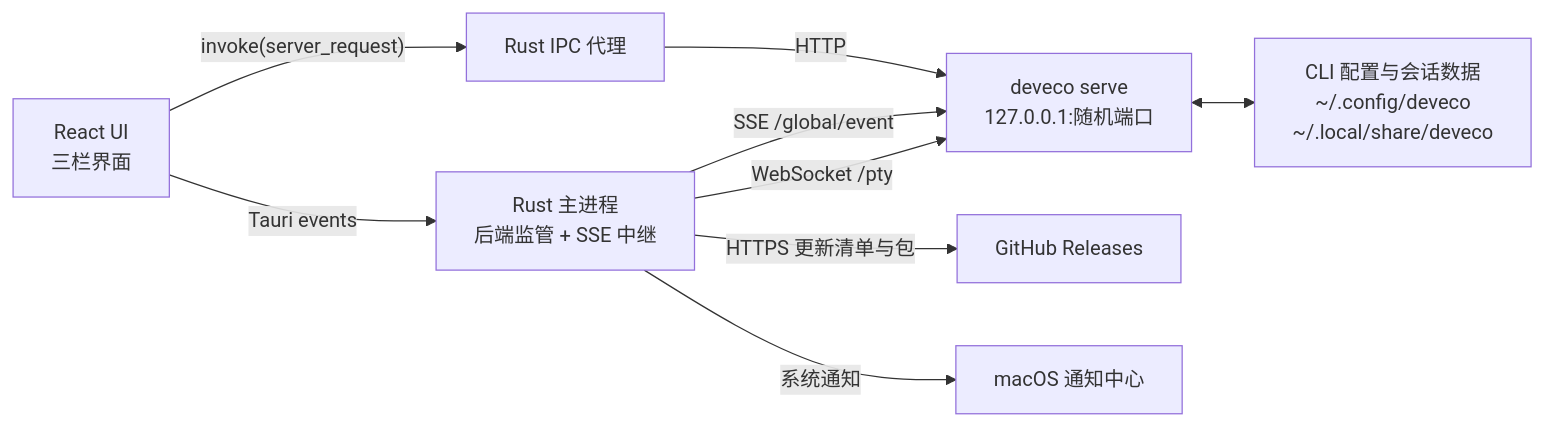
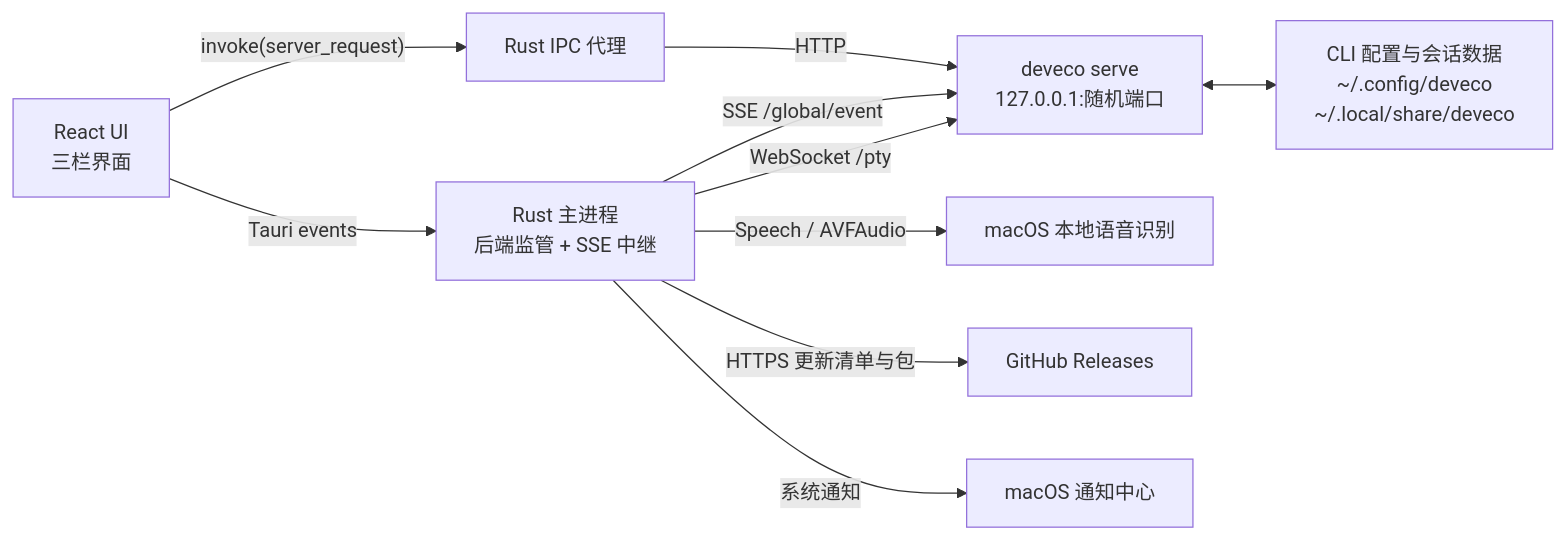
The first of 4 diagrams in docs/architecture.md (SherlockGougou/devecocode-desktop), drawn with Mermaid before and after one commit. The commit also changed other lines of this file and 34 other files, not shown here.

````diff
--- a/docs/architecture.md
+++ b/docs/architecture.md
@@ -20,11 +20,12 @@
 ```mermaid
 graph LR
   UI["React UI<br/>三栏界面"] -- "invoke(server_request)" --> IPC["Rust IPC 代理"]
   UI -- "Tauri events" --> MAIN["Rust 主进程<br/>后端监管 + SSE 中继"]
   IPC -- "HTTP" --> CLI["deveco serve<br/>127.0.0.1:随机端口"]
   MAIN -- "SSE /global/event" --> CLI
   MAIN -- "WebSocket /pty" --> CLI
+  MAIN -- "Speech / AVFAudio" --> VOICE["macOS 本地语音识别"]
   MAIN -- "HTTPS 更新清单与包" --> GH["GitHub Releases"]
   MAIN -- "系统通知" --> N["macOS 通知中心"]
   CLI <--> DATA["CLI 配置与会话数据<br/>~/.config/deveco<br/>~/.local/share/deveco"]
 ```
````
